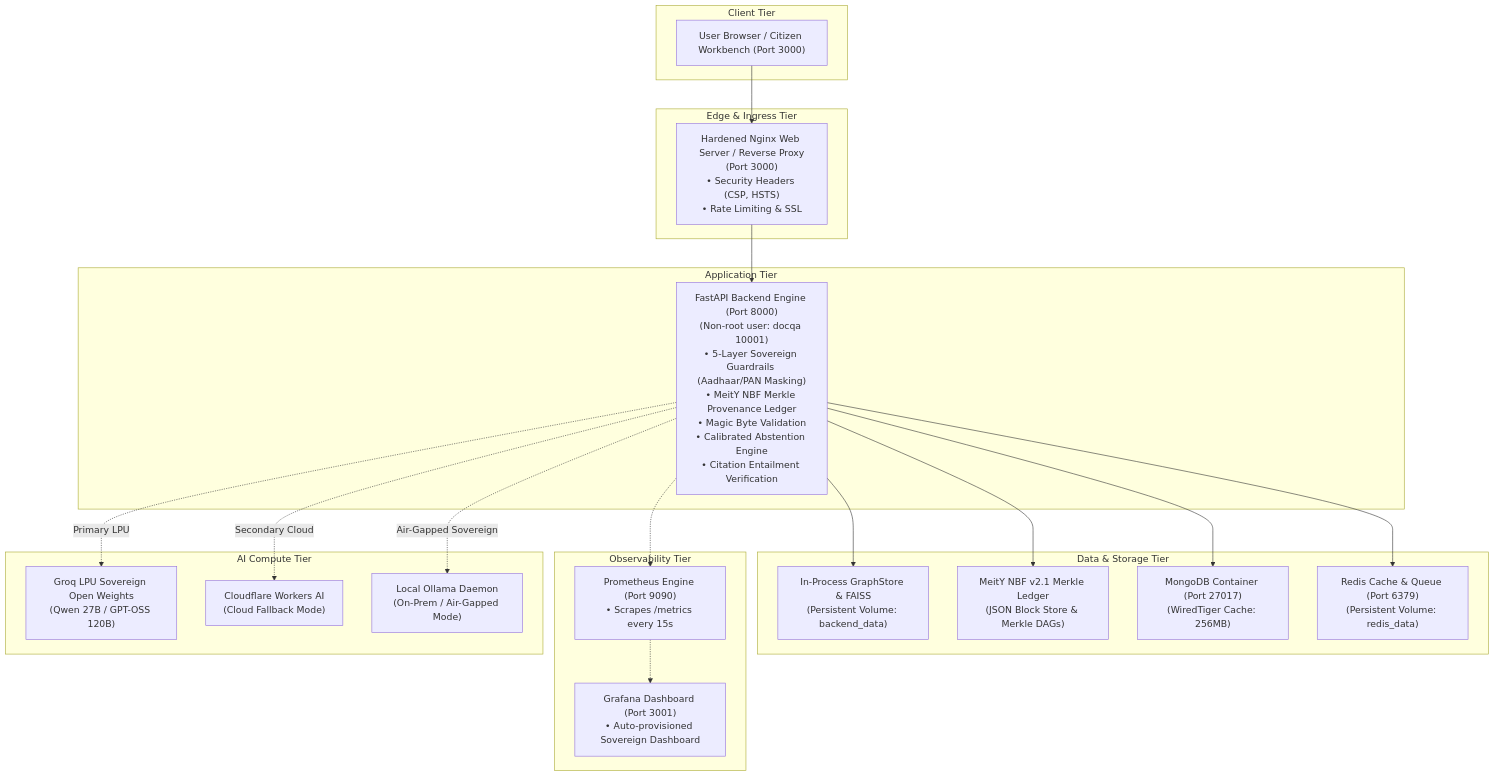
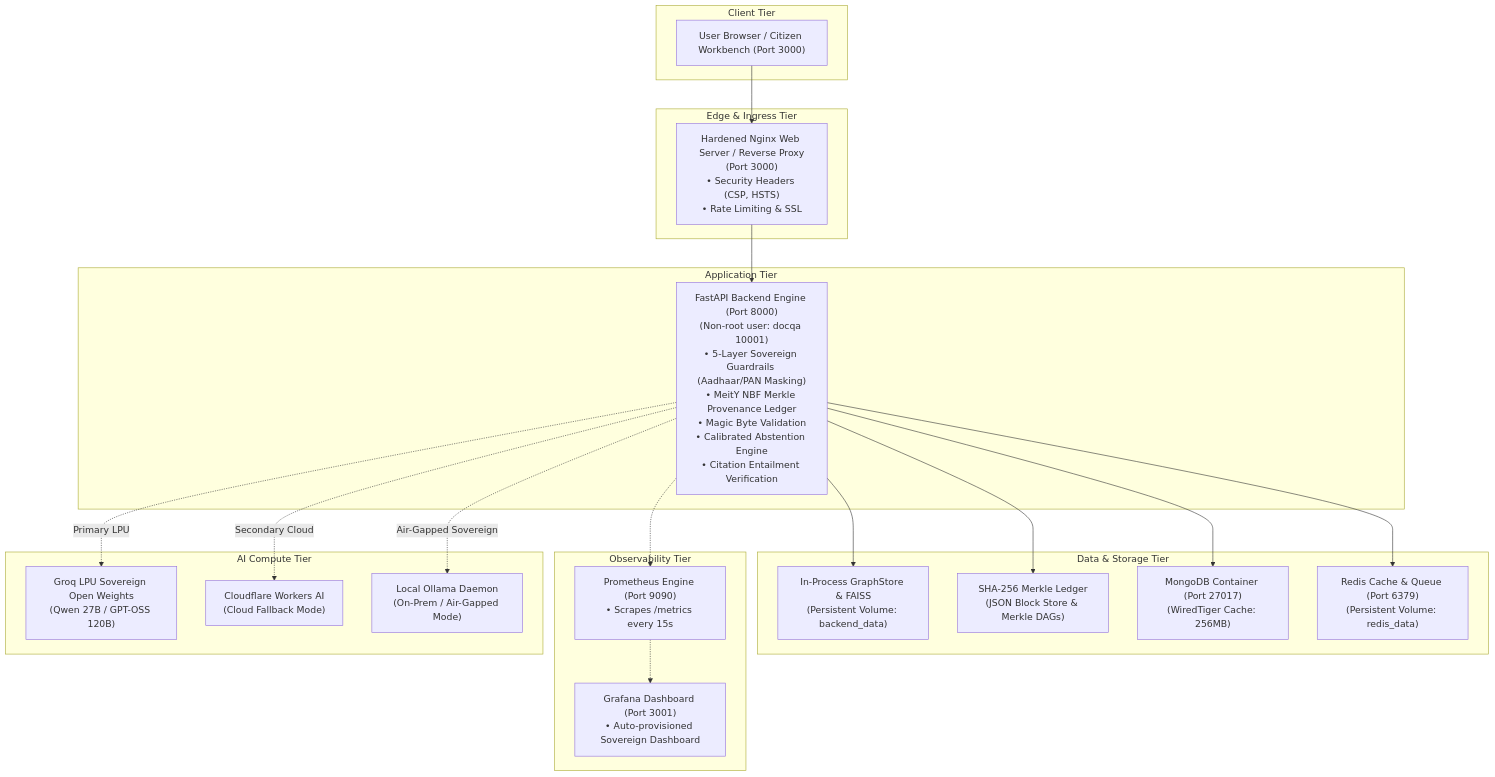
The diagram in DEVOPS_DEVSECOPS_GUIDE.md (shoyo44/JanSetu-AI), drawn with Mermaid before and after one commit. The commit also changed other lines of this file and 13 other files, not shown here.

Commit message:
docs & core: complete cumulative fellowship checklist updates (fix claims, numbers, currency, tenancy, BNSS 479 tests, qualify Merkle ledger)

````diff
--- a/DEVOPS_DEVSECOPS_GUIDE.md
+++ b/DEVOPS_DEVSECOPS_GUIDE.md
@@ -11,44 +11,44 @@
 ```mermaid
 flowchart TD
     subgraph Client Tier
         Browser["User Browser / Citizen Workbench (Port 3000)"]
     end
 
     subgraph Edge & Ingress Tier
         Nginx["Hardened Nginx Web Server / Reverse Proxy\n(Port 3000)\n• Security Headers (CSP, HSTS)\n• Rate Limiting & SSL"]
     end
 
     subgraph Application Tier
         API["FastAPI Backend Engine (Port 8000)\n(Non-root user: docqa 10001)\n• 5-Layer Sovereign Guardrails (Aadhaar/PAN Masking)\n• MeitY NBF Merkle Provenance Ledger\n• Magic Byte Validation\n• Calibrated Abstention Engine\n• Citation Entailment Verification"]
     end
 
     subgraph Data & Storage Tier
         Graph["In-Process GraphStore & FAISS\n(Persistent Volume: backend_data)"]
-        Ledger["MeitY NBF v2.1 Merkle Ledger\n(JSON Block Store & Merkle DAGs)"]
+        Ledger["SHA-256 Merkle Ledger\n(JSON Block Store & Merkle DAGs)"]
         Mongo["MongoDB Container (Port 27017)\n(WiredTiger Cache: 256MB)"]
         Redis["Redis Cache & Queue (Port 6379)\n(Persistent Volume: redis_data)"]
     end
 
     subgraph Observability Tier
         Prom["Prometheus Engine (Port 9090)\n• Scrapes /metrics every 15s"]
         Graf["Grafana Dashboard (Port 3001)\n• Auto-provisioned Sovereign Dashboard"]
     end
 
     subgraph AI Compute Tier
         Groq["Groq LPU Sovereign Open Weights\n(Qwen 27B / GPT-OSS 120B)"]
         Cloudflare["Cloudflare Workers AI\n(Cloud Fallback Mode)"]
         Ollama["Local Ollama Daemon\n(On-Prem / Air-Gapped Mode)"]
     end
 
     Browser --> Nginx
     Nginx --> API
     API --> Graph
     API --> Ledger
     API --> Mongo
     API --> Redis
     API -.-> Prom
     Prom -.-> Graf
     API -.->|Primary LPU| Groq
     API -.->|Secondary Cloud| Cloudflare
     API -.->|Air-Gapped Sovereign| Ollama
 ```
````
